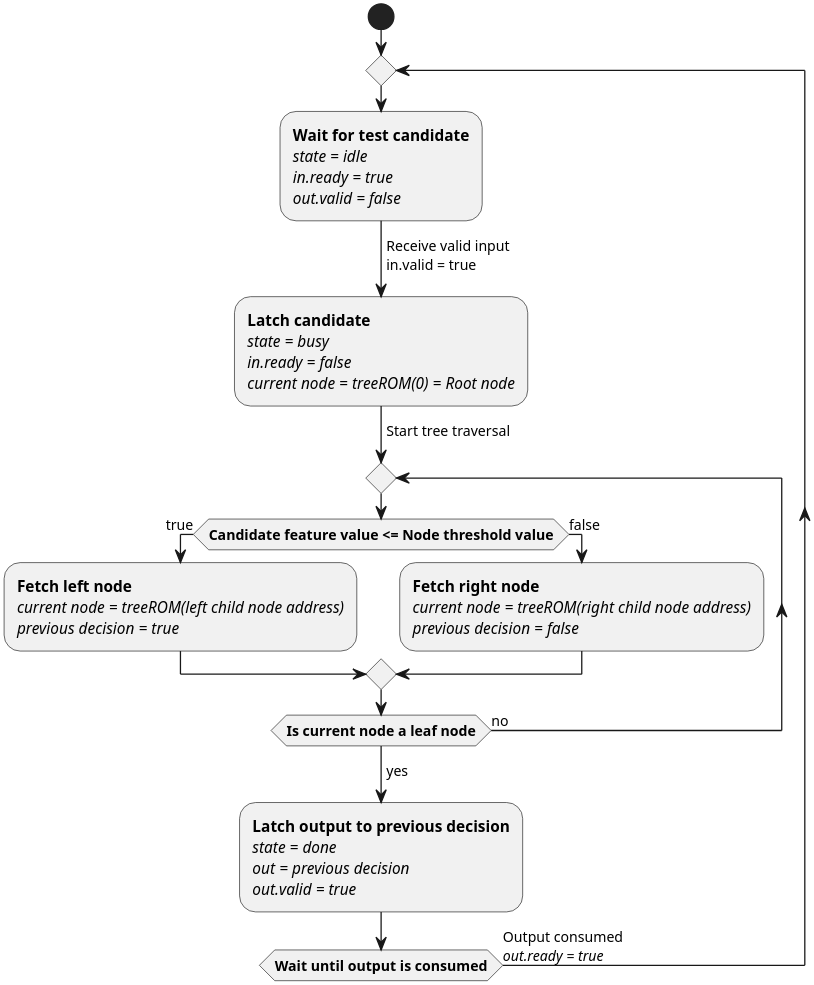
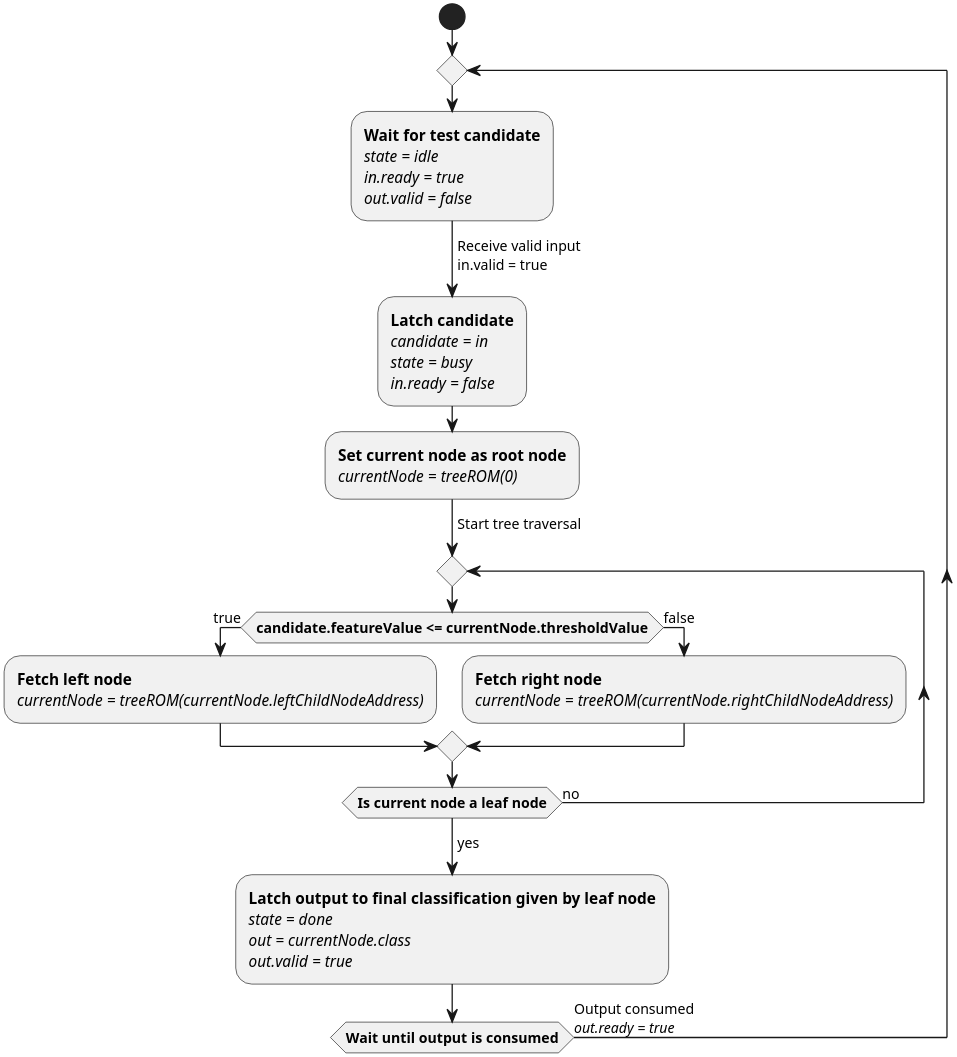
One commit to Mark1626/psrf-chisel changed the diagram in docs/schematics/DecisionTree/flow.puml. Above: the diagram before and after it, drawn with PlantUML. The commit also changed 1 other file, not shown here.

Commit message:
Update decision tree flow diagram

```diff
--- a/docs/schematics/DecisionTree/flow.puml
+++ b/docs/schematics/DecisionTree/flow.puml
@@ -1,39 +1,40 @@
 @startuml
 skinparam dpi 300
 start
 repeat
 :**Wait for test candidate**
 //state = idle//
 //in.ready = true//
 //out.valid = false//;
 
 -> Receive valid input
 in.valid = true;
 
 :**Latch candidate**
+//candidate = in//
 //state = busy//
-//in.ready = false//
-//current node = treeROM(0) = Root node//;
+//in.ready = false//;
+
+:**Set current node as root node**
+//currentNode = treeROM(0)//;
 
 -> Start tree traversal;
 
 repeat
-        if (**Candidate feature value <= Node threshold value**) then (true)
+        if (**candidate.featureValue <= currentNode.thresholdValue**) then (true)
                 :**Fetch left node**
-                //current node = treeROM(left child node address)//
-                //previous decision = true//;
+                //currentNode = treeROM(currentNode.leftChildNodeAddress)//;
         else (false)
                 :**Fetch right node**
-                //current node = treeROM(right child node address)//
-                //previous decision = false//;
+                //currentNode = treeROM(currentNode.rightChildNodeAddress)//;
         endif
 repeat while (**Is current node a leaf node**) is (no)
 ->yes;
 
-:**Latch output to previous decision**
+:**Latch output to final classification given by leaf node**
 //state = done//
-//out = previous decision//
+//out = currentNode.class//
 //out.valid = true//;
 
 repeat while (**Wait until output is consumed**) is (Output consumed\n//out.ready = true//)
 @enduml
```
